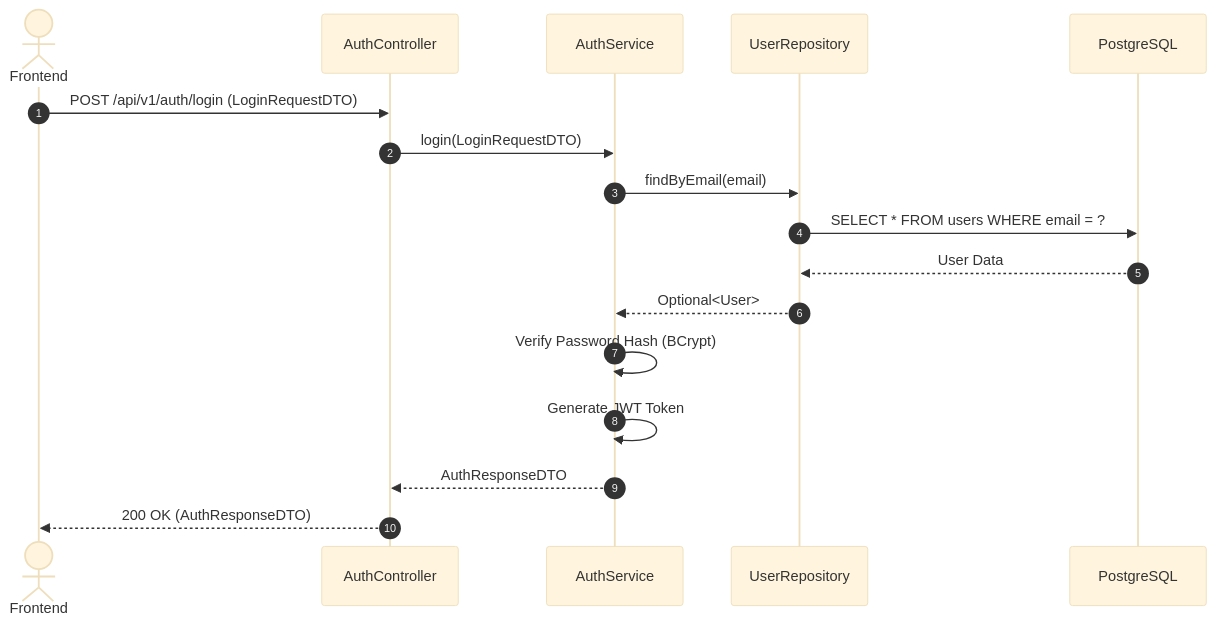
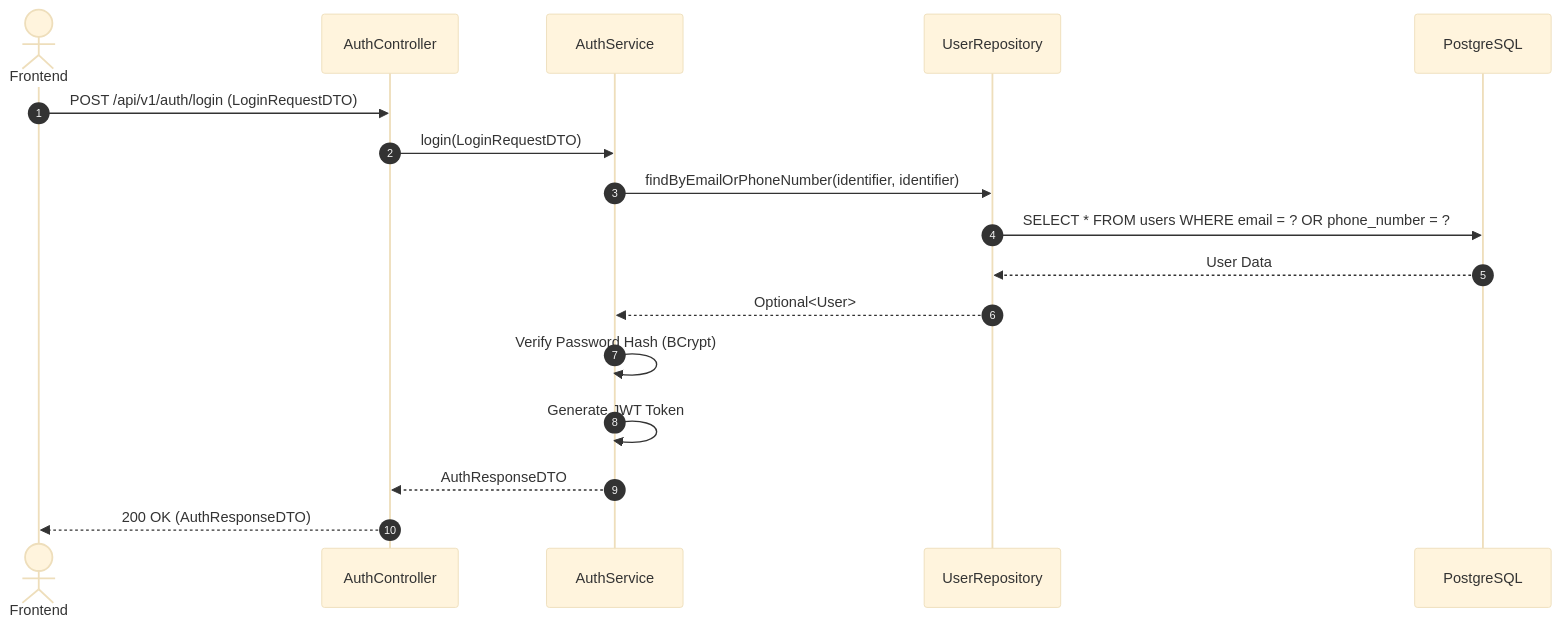
One commit to BlackyB0o/CS261_650001_group5 changed the seventh of 7 diagrams in docs/task-04/README.md. Above: the diagram before and after it, drawn with Mermaid (base theme). The commit also changed other lines of this file, not shown here.

Commit message:
docs: finalize task 04 identifier login and role selection

````diff
--- a/docs/task-04/README.md
+++ b/docs/task-04/README.md
@@ -293,20 +297,20 @@
 ```mermaid
 sequenceDiagram
     autonumber
     actor Client as Frontend
     participant Controller as AuthController
     participant Service as AuthService
     participant DAO as UserRepository
     participant DB as PostgreSQL
 
     Client->>Controller: POST /api/v1/auth/login (LoginRequestDTO)
     Controller->>Service: login(LoginRequestDTO)
-    Service->>DAO: findByEmail(email)
-    DAO->>DB: SELECT * FROM users WHERE email = ?
+    Service->>DAO: findByEmailOrPhoneNumber(identifier, identifier)
+    DAO->>DB: SELECT * FROM users WHERE email = ? OR phone_number = ?
     DB-->>DAO: User Data
     DAO-->>Service: Optional<User>
     Service->>Service: Verify Password Hash (BCrypt)
     Service->>Service: Generate JWT Token
     Service-->>Controller: AuthResponseDTO
     Controller-->>Client: 200 OK (AuthResponseDTO)
 ```
````
